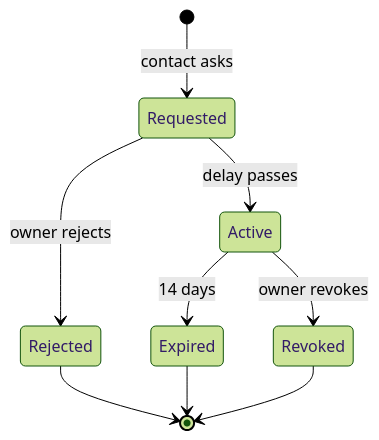
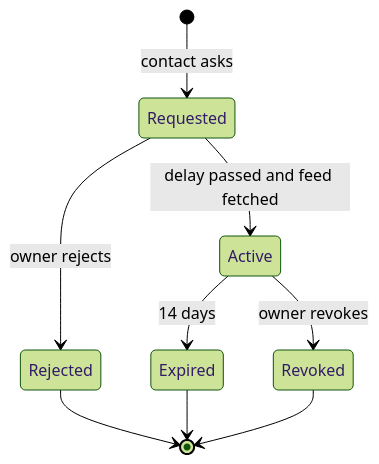
One commit to GeiserX/OwnHealth changed the second of 2 diagrams in docs/design/security-privacy.md. Above: the diagram before and after it, drawn with Mermaid (forest theme). The commit also changed other lines of this file and 2 other files, not shown here.

Commit message:
docs: break-glass waits for the feed in the security design too, and backups lose a token only once they expire

````diff
--- a/docs/design/security-privacy.md
+++ b/docs/design/security-privacy.md
@@ -213,11 +213,11 @@
 ```mermaid
 stateDiagram-v2
   [*] --> Requested: contact asks
   Requested --> Rejected: owner rejects
-  Requested --> Active: delay passes
+  Requested --> Active: delay passed and feed fetched
   Active --> Expired: 14 days
   Active --> Revoked: owner revokes
   Rejected --> [*]
   Expired --> [*]
   Revoked --> [*]
 ```
````
